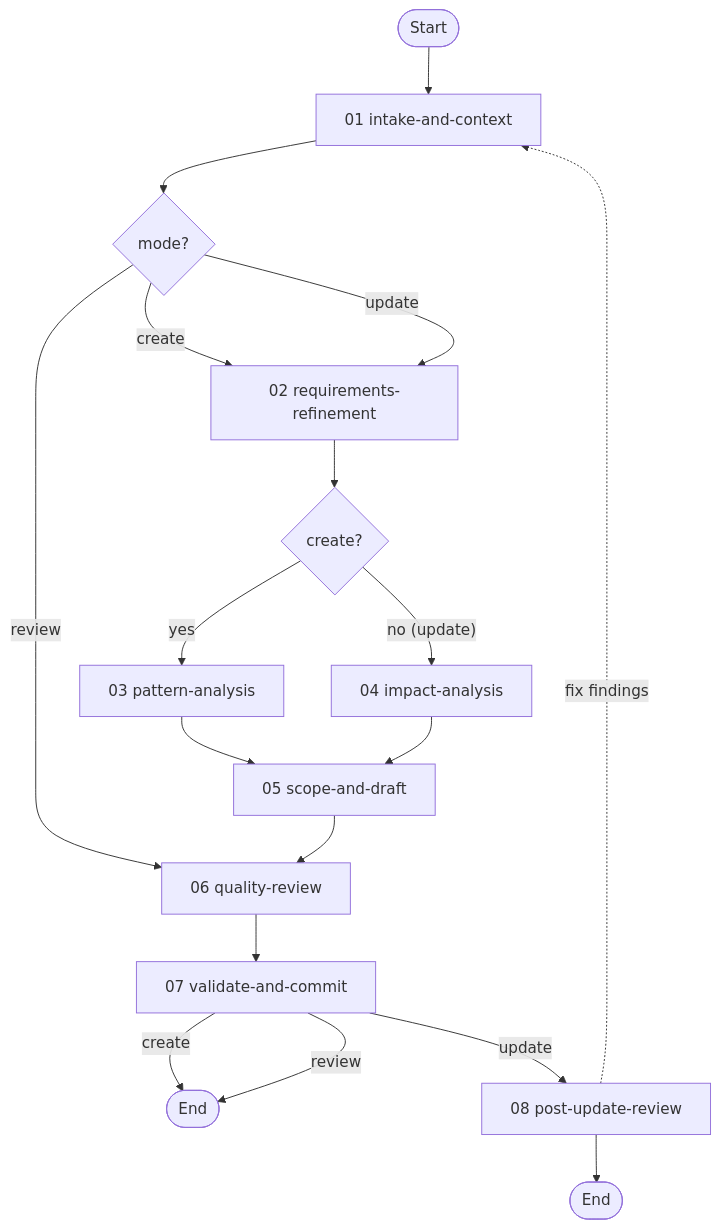
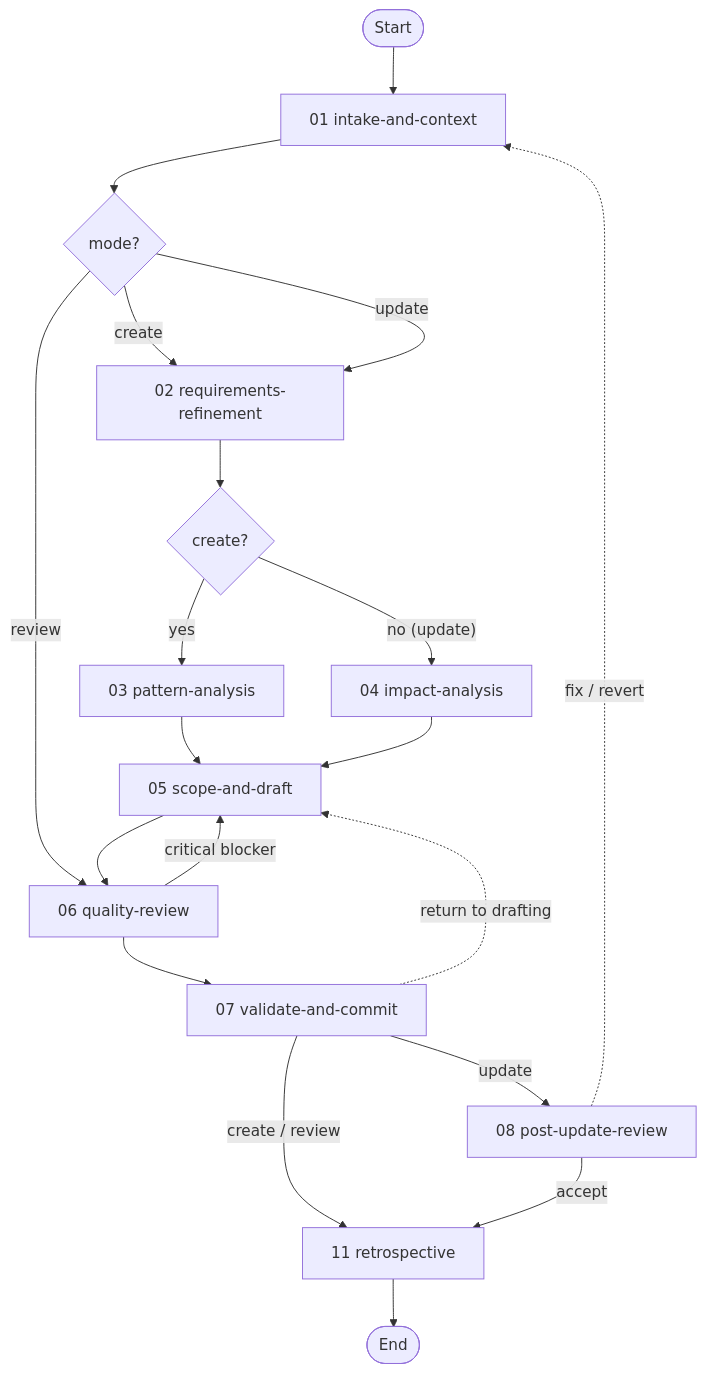
Before and after one commit to m2ux/workflow-server: the diagram in workflow-design/README.md, drawn with Mermaid. The commit also changed other lines of this file and 9 other files, not shown here.

First line of the commit message:
feat(workflow-design): add terminal retrospective + completion record; flow and convention parity

````diff
--- a/workflow-design/README.md
+++ b/workflow-design/README.md
@@ -42,26 +43,28 @@
 ```mermaid
 graph TD
     startNode(["Start"]) --> INT["01 intake-and-context"]
 
     INT --> MODE{"mode?"}
     MODE -->|"create"| REQ["02 requirements-refinement"]
     MODE -->|"update"| REQ
     MODE -->|"review"| QR
 
     REQ --> CREATE{"create?"}
     CREATE -->|"yes"| PAT["03 pattern-analysis"]
     CREATE -->|"no (update)"| IMP["04 impact-analysis"]
 
     PAT --> SCD["05 scope-and-draft"]
     IMP --> SCD
 
     SCD --> QR["06 quality-review"]
 
+    QR -->|"critical blocker"| SCD
     QR --> VAL["07 validate-and-commit"]
+    VAL -.->|"return to drafting"| SCD
 
-    VAL -->|"create"| doneNode(["End"])
-    VAL -->|"review"| doneNode
+    VAL -->|"create / review"| RETRO["11 retrospective"]
     VAL -->|"update"| PUR["08 post-update-review"]
-    PUR --> doneNode2(["End"])
-    PUR -.->|"fix findings"| INT
+    PUR -->|"accept"| RETRO
+    PUR -.->|"fix / revert"| INT
+    RETRO --> doneNode(["End"])
 ```
````
